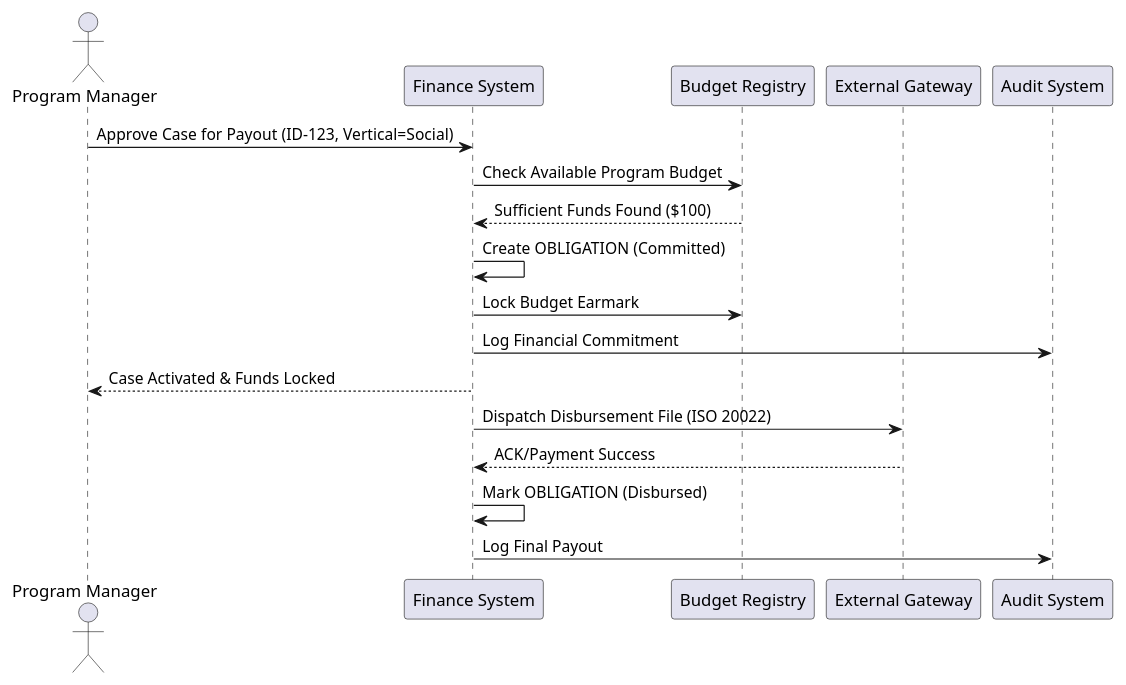
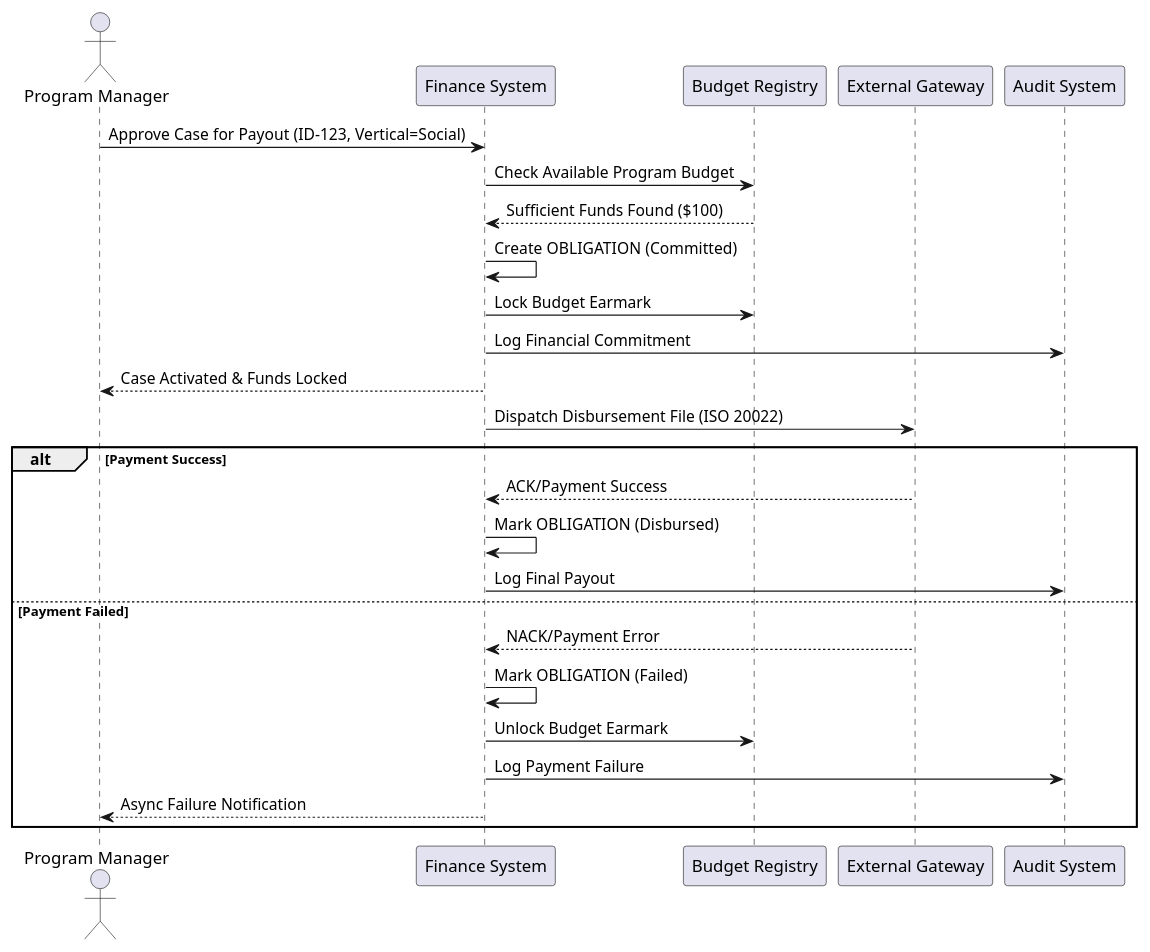
The diagram in Docs/System/Finance/diagrams/sequences.puml (nisalatp/scp-spec), drawn with PlantUML before and after one commit. The commit also changed 7 other files, not shown here.

```diff
--- a/Docs/System/Finance/diagrams/sequences.puml
+++ b/Docs/System/Finance/diagrams/sequences.puml
@@ -1,21 +1,30 @@
 @startuml budget-commitment-sequence
 actor "Program Manager" as PM
 participant "Finance System" as FS
 participant "Budget Registry" as BR
 participant "External Gateway" as EG
 participant "Audit System" as AS
 
 PM -> FS : Approve Case for Payout (ID-123, Vertical=Social)
 FS -> BR : Check Available Program Budget
 BR --> FS : Sufficient Funds Found ($100)
 
 FS -> FS : Create OBLIGATION (Committed)
 FS -> BR : Lock Budget Earmark
 FS -> AS : Log Financial Commitment
 FS --> PM : Case Activated & Funds Locked
 
 FS -> EG : Dispatch Disbursement File (ISO 20022)
-EG --> FS : ACK/Payment Success
-FS -> FS : Mark OBLIGATION (Disbursed)
-FS -> AS : Log Final Payout
+
+alt Payment Success
+    EG --> FS : ACK/Payment Success
+    FS -> FS : Mark OBLIGATION (Disbursed)
+    FS -> AS : Log Final Payout
+else Payment Failed
+    EG --> FS : NACK/Payment Error
+    FS -> FS : Mark OBLIGATION (Failed)
+    FS -> BR : Unlock Budget Earmark
+    FS -> AS : Log Payment Failure
+    FS --> PM : Async Failure Notification
+end
 @enduml
```
